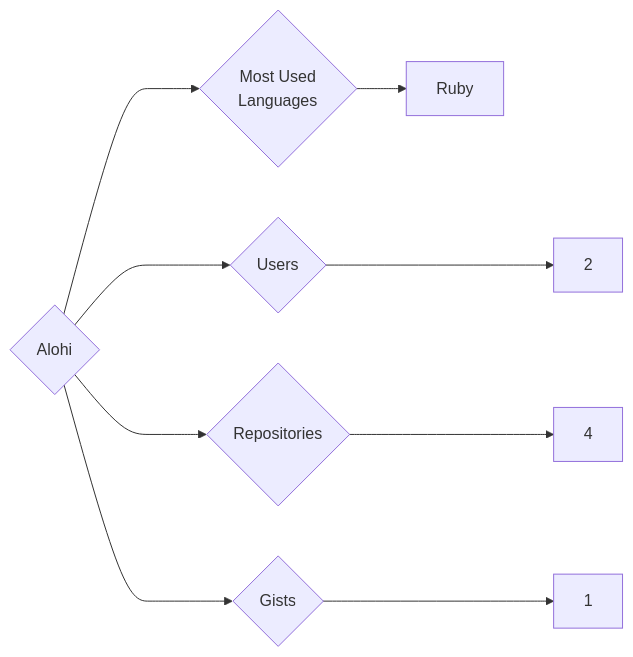
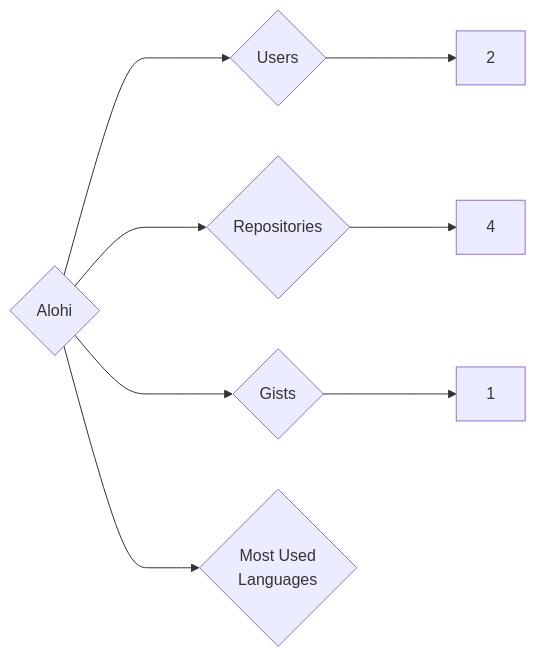
One commit to trickest/insiders changed the diagram in targets/Alohi/README.md. Above: the diagram before and after it, drawn with Mermaid. The commit also changed 736 other files, not shown here.

````diff
--- a/targets/Alohi/README.md
+++ b/targets/Alohi/README.md
@@ -3,9 +3,8 @@
 ```mermaid
 graph LR
 COMPANY_NAME{Alohi}
 COMPANY_NAME ---> U{Users} ---> UN[2]
 COMPANY_NAME ---> R{Repositories} ---> RN[4]
 COMPANY_NAME ---> G{Gists} ---> GN[1]
 COMPANY_NAME ---> ML{Most Used<br>Languages}
-ML --> Ruby[Ruby]
 ```
````
